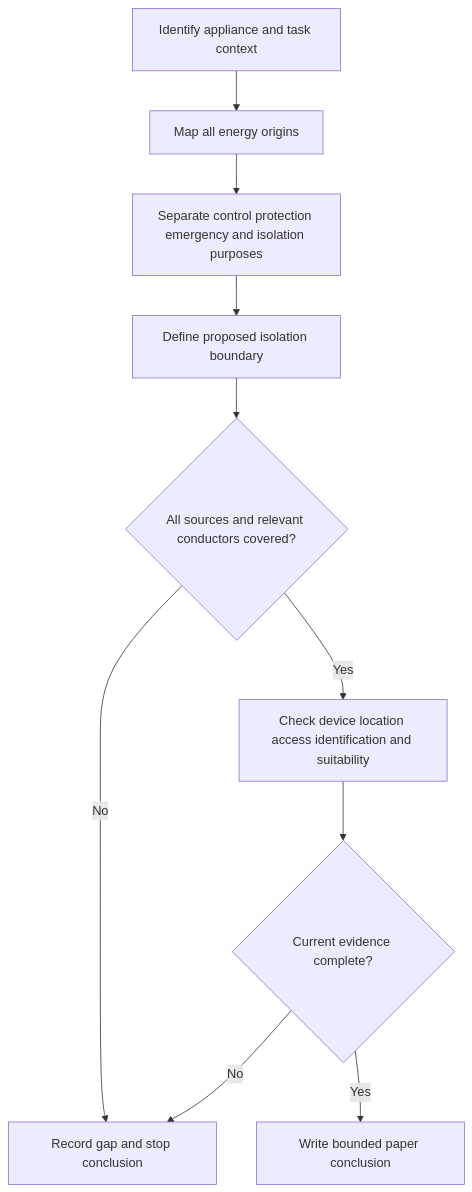
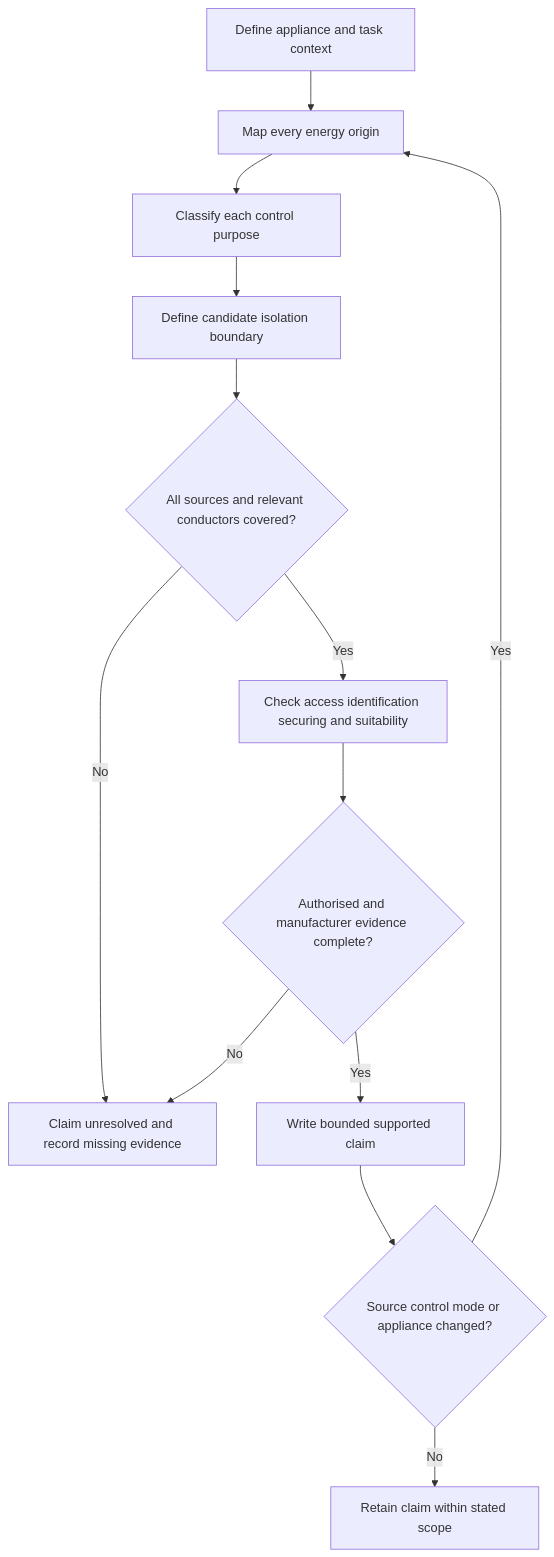
Before and after one commit to andrew3stedall/capstone: the first of 2 diagrams in docs/learning-plans/4-week/modules/day-20a-fixed-appliances-and-local-isolation.md, drawn with Mermaid. The commit also changed other lines of this file, not shown here.

Commit message:
Complete Day 20A quality-improvement pass

````diff
--- a/docs/learning-plans/4-week/modules/day-20a-fixed-appliances-and-local-isolation.md
+++ b/docs/learning-plans/4-week/modules/day-20a-fixed-appliances-and-local-isolation.md
@@ -137,12 +120,15 @@
 ```mermaid
 flowchart TD
-    A["Identify appliance and task context"] --> B["Map all energy origins"]
-    B --> C["Separate control protection emergency and isolation purposes"]
-    C --> D["Define proposed isolation boundary"]
-    D --> E{"All sources and relevant conductors covered?"}
-    E -- No --> F["Record gap and stop conclusion"]
-    E -- Yes --> G["Check device location access identification and suitability"]
-    G --> H{"Current evidence complete?"}
-    H -- No --> F
-    H -- Yes --> I["Write bounded paper conclusion"]
+    A[Define appliance and task context] --> B[Map every energy origin]
+    B --> C[Classify each control purpose]
+    C --> D[Define candidate isolation boundary]
+    D --> E{All sources and relevant conductors covered?}
+    E -->|No| F[Claim unresolved and record missing evidence]
+    E -->|Yes| G[Check access identification securing and suitability]
+    G --> H{Authorised and manufacturer evidence complete?}
+    H -->|No| F
+    H -->|Yes| I[Write bounded supported claim]
+    I --> J{Source control mode or appliance changed?}
+    J -->|Yes| B
+    J -->|No| K[Retain claim within stated scope]
 ```
````
